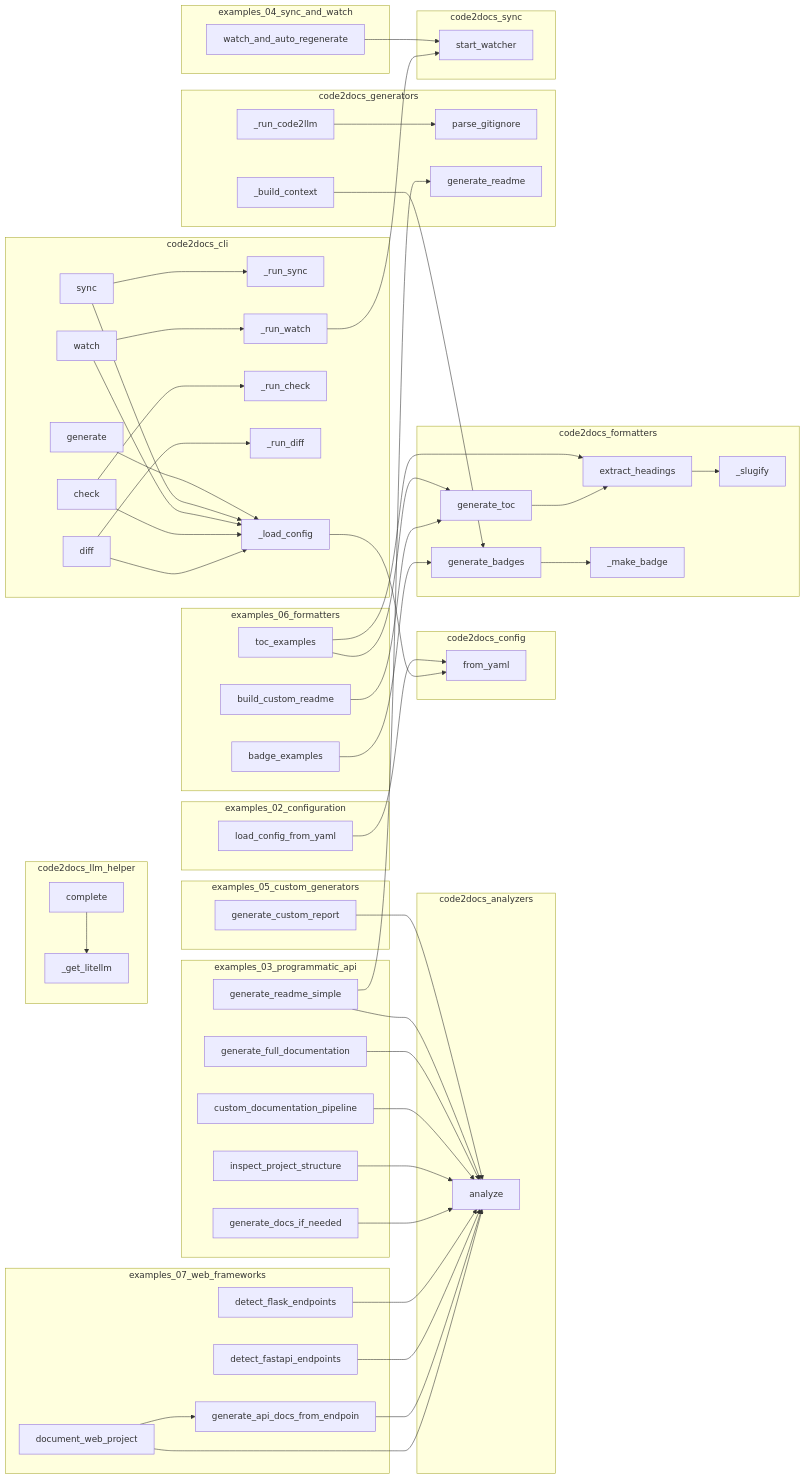
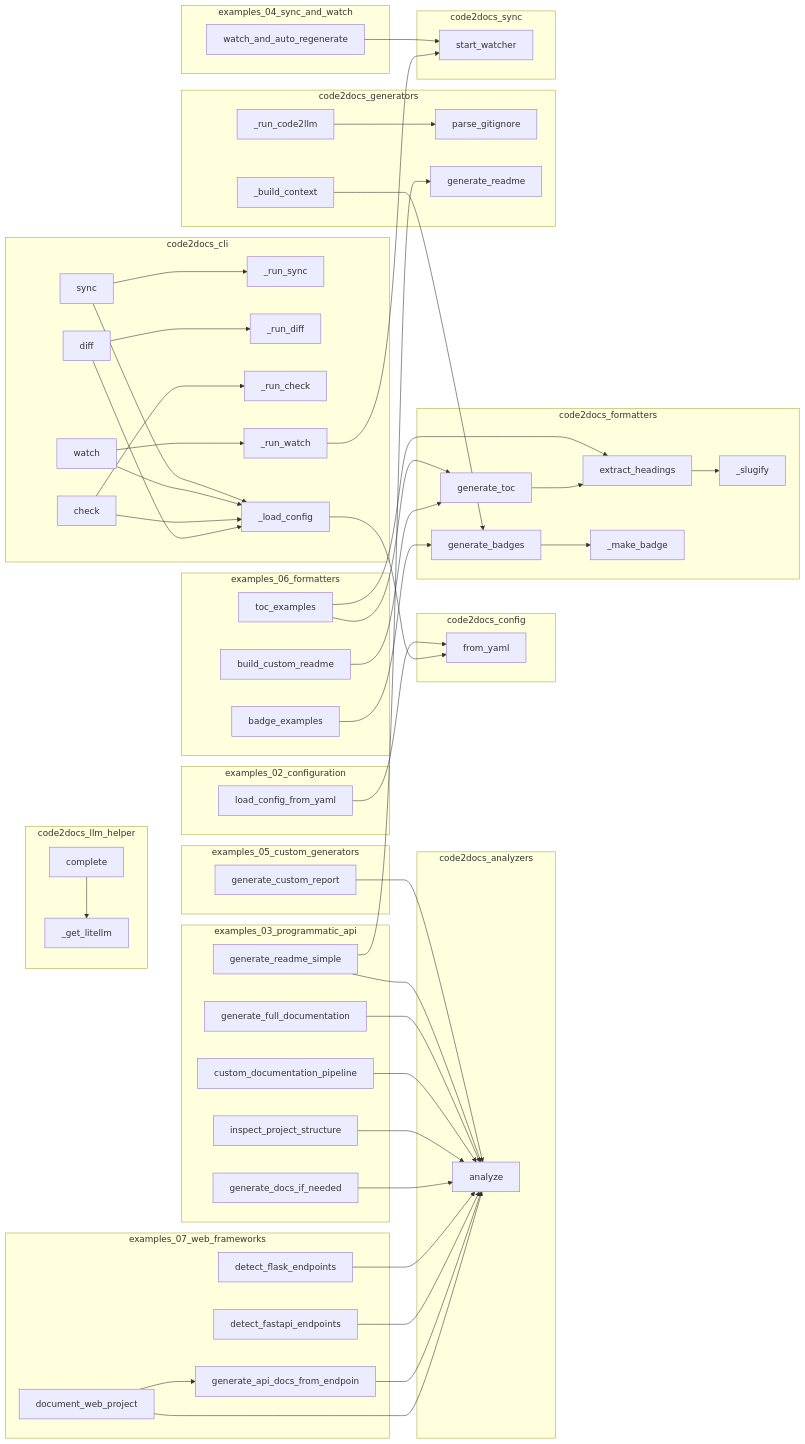
Before and after one commit to wronai/code2docs: the diagram in project/calls.mmd, drawn with Mermaid. The commit also changed 49 other files, not shown here.

```diff
--- a/project/calls.mmd
+++ b/project/calls.mmd
@@ -1,101 +1,99 @@
 flowchart LR
     subgraph code2docs_analyzers
         code2docs__analyze["analyze"]
     end
     subgraph code2docs_cli
         code2docs__cli___run_sync["_run_sync"]
+        code2docs__cli___run_diff["_run_diff"]
+        code2docs__cli__diff["diff"]
+        code2docs__cli___run_check["_run_check"]
+        code2docs__cli__watch["watch"]
         code2docs__cli__check["check"]
         code2docs__cli___run_watch["_run_watch"]
-        code2docs__cli__diff["diff"]
         code2docs__cli__sync["sync"]
-        code2docs__cli___run_check["_run_check"]
-        code2docs__cli__watch["watch"]
-        code2docs__cli__generate["generate"]
-        code2docs__cli___run_diff["_run_diff"]
         code2docs__cli___load_config["_load_config"]
     end
     subgraph code2docs_config
         code2docs__config__Code2DocsConfig__from_yaml["from_yaml"]
     end
     subgraph code2docs_formatters
         code2docs__formatters__toc__extract_headings["extract_headings"]
+        code2docs__formatters__badges___make_badge["_make_badge"]
         code2docs__formatters__toc___slugify["_slugify"]
         code2docs__formatters__badges__generate_badges["generate_badges"]
-        code2docs__formatters__badges___make_badge["_make_badge"]
         code2docs__formatters__toc__generate_toc["generate_toc"]
     end
     subgraph code2docs_generators
         code2docs__parse_gitignore["parse_gitignore"]
+        code2docs___build_context["_build_context"]
         code2docs___run_code2llm["_run_code2llm"]
         code2docs__generators__readme_gen__generate_readme["generate_readme"]
-        code2docs___build_context["_build_context"]
     end
     subgraph code2docs_llm_helper
         code2docs__llm_helper__LLMHelper__complete["complete"]
         code2docs__llm_helper___get_litellm["_get_litellm"]
     end
     subgraph code2docs_sync
         code2docs__sync__watcher__start_watcher["start_watcher"]
     end
     subgraph examples_02_configuration
         examples__02_configuration__load_config_from_yaml["load_config_from_yaml"]
     end
     subgraph examples_03_programmatic_api
+        examples__generate_readme_simple["generate_readme_simple"]
+        examples__generate_full_documentation["generate_full_documentation"]
         examples__inspect_project_structure["inspect_project_structure"]
-        examples__generate_full_documentation["generate_full_documentation"]
+        examples__generate_docs_if_needed["generate_docs_if_needed"]
         examples__custom_documentation_pipeline["custom_documentation_pipeline"]
-        examples__generate_readme_simple["generate_readme_simple"]
-        examples__generate_docs_if_needed["generate_docs_if_needed"]
     end
     subgraph examples_04_sync_and_watch
         examples__watch_and_auto_regenerate["watch_and_auto_regenerate"]
     end
     subgraph examples_05_custom_generators
         examples__generate_custom_report["generate_custom_report"]
     end
     subgraph examples_06_formatters
+        examples__06_formatters__build_custom_readme["build_custom_readme"]
         examples__06_formatters__toc_examples["toc_examples"]
         examples__06_formatters__badge_examples["badge_examples"]
-        examples__06_formatters__build_custom_readme["build_custom_readme"]
     end
     subgraph examples_07_web_frameworks
+        examples__detect_fastapi_endpoints["detect_fastapi_endpoints"]
         examples__07_web_frameworks__document_web_project["document_web_project"]
         examples__generate_api_docs_from_endpoints["generate_api_docs_from_endpoin"]
         examples__detect_flask_endpoints["detect_flask_endpoints"]
-        examples__detect_fastapi_endpoints["detect_fastapi_endpoints"]
     end
     code2docs__llm_helper__LLMHelper__complete --> code2docs__llm_helper___get_litellm
     examples__watch_and_auto_regenerate --> code2docs__sync__watcher__start_watcher
     examples__generate_custom_report --> code2docs__analyze
     examples__06_formatters__badge_examples --> code2docs__formatters__badges__generate_badges
     examples__06_formatters__toc_examples --> code2docs__formatters__toc__generate_toc
     examples__06_formatters__toc_examples --> code2docs__formatters__toc__extract_headings
     examples__06_formatters__build_custom_readme --> code2docs__formatters__toc__generate_toc
     examples__generate_readme_simple --> code2docs__analyze
     examples__generate_readme_simple --> code2docs__generators__readme_gen__generate_readme
     examples__generate_full_documentation --> code2docs__analyze
     examples__custom_documentation_pipeline --> code2docs__analyze
     examples__inspect_project_structure --> code2docs__analyze
     examples__generate_docs_if_needed --> code2docs__analyze
     examples__detect_flask_endpoints --> code2docs__analyze
     examples__detect_fastapi_endpoints --> code2docs__analyze
     examples__generate_api_docs_from_endpoints --> code2docs__analyze
     examples__07_web_frameworks__document_web_project --> code2docs__analyze
     examples__07_web_frameworks__document_web_project --> examples__generate_api_docs_from_endpoints
     examples__02_configuration__load_config_from_yaml --> code2docs__config__Code2DocsConfig__from_yaml
     code2docs__formatters__badges__generate_badges --> code2docs__formatters__badges___make_badge
     code2docs__formatters__toc__generate_toc --> code2docs__formatters__toc__extract_headings
     code2docs__formatters__toc__extract_headings --> code2docs__formatters__toc___slugify
     code2docs___run_code2llm --> code2docs__parse_gitignore
     code2docs___build_context --> code2docs__formatters__badges__generate_badges
-    code2docs__cli__generate --> code2docs__cli___load_config
     code2docs__cli__sync --> code2docs__cli___load_config
     code2docs__cli__sync --> code2docs__cli___run_sync
     code2docs__cli__watch --> code2docs__cli___load_config
     code2docs__cli__watch --> code2docs__cli___run_watch
     code2docs__cli__check --> code2docs__cli___load_config
     code2docs__cli__check --> code2docs__cli___run_check
     code2docs__cli__diff --> code2docs__cli___load_config
     code2docs__cli__diff --> code2docs__cli___run_diff
     code2docs__cli___load_config --> code2docs__config__Code2DocsConfig__from_yaml
     code2docs__cli___run_watch --> code2docs__sync__watcher__start_watcher
```
